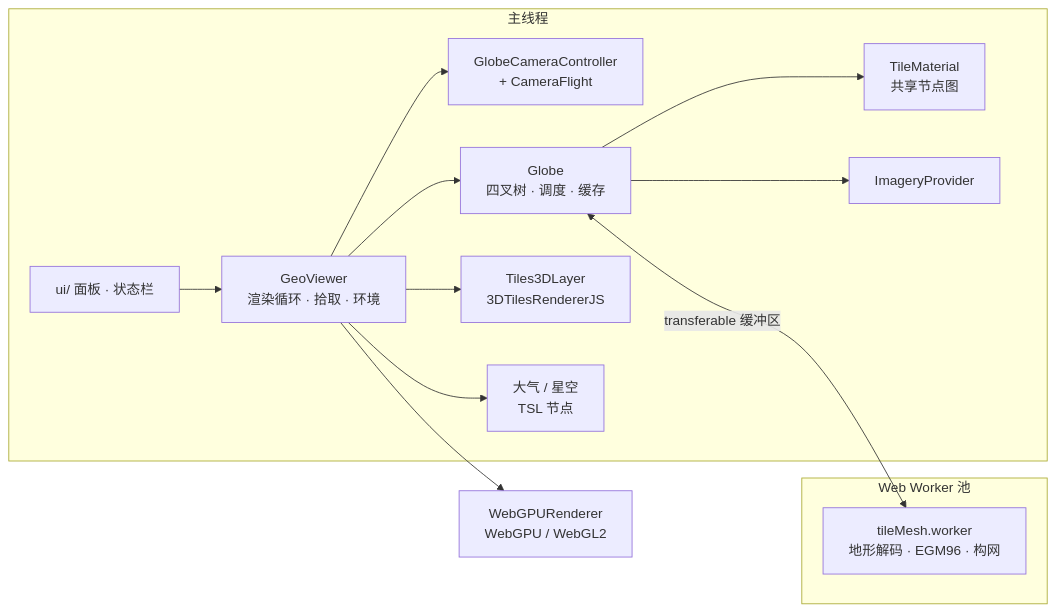
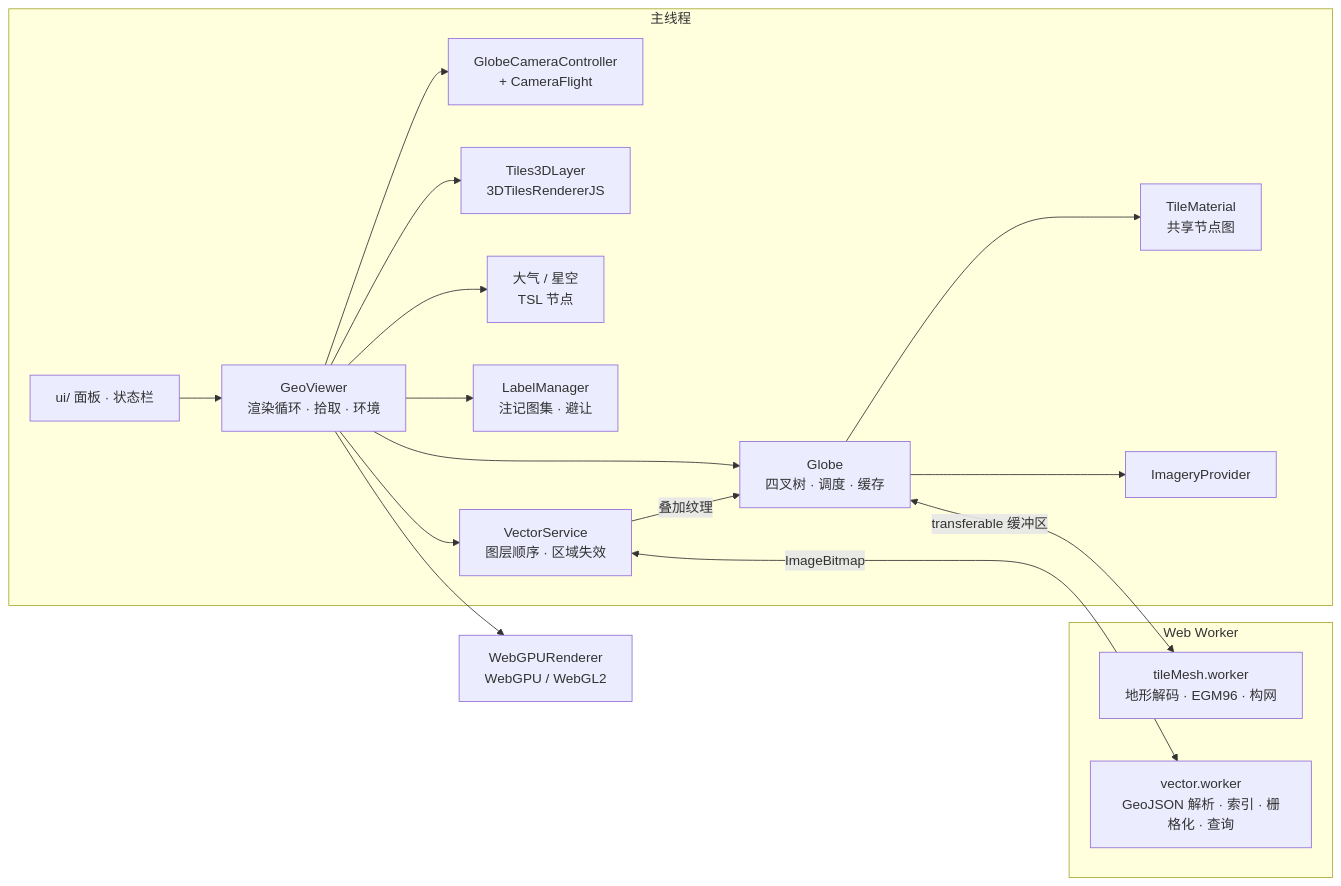
The diagram in README.md (Yoy0o/three-geo-global), drawn with Mermaid before and after one commit. The commit also changed other lines of this file and 20 other files, not shown here.

First line of the commit message:
Add GeoJSON vector layers with draped rendering and labels

````diff
--- a/README.md
+++ b/README.md
@@ -80,17 +97,22 @@
 ```mermaid
 flowchart LR
   subgraph Main["主线程"]
     UI["ui/ 面板 · 状态栏"] --> V["GeoViewer<br/>渲染循环 · 拾取 · 环境"]
     V --> C["GlobeCameraController<br/>+ CameraFlight"]
     V --> G["Globe<br/>四叉树 · 调度 · 缓存"]
     V --> T["Tiles3DLayer<br/>3DTilesRendererJS"]
     V --> A["大气 / 星空<br/>TSL 节点"]
+    V --> L["LabelManager<br/>注记图集 · 避让"]
+    V --> VS["VectorService<br/>图层顺序 · 区域失效"]
     G --> M["TileMaterial<br/>共享节点图"]
     G --> I["ImageryProvider"]
+    VS -->|"叠加纹理"| G
   end
-  subgraph Workers["Web Worker 池"]
+  subgraph Workers["Web Worker"]
     W["tileMesh.worker<br/>地形解码 · EGM96 · 构网"]
+    VW["vector.worker<br/>GeoJSON 解析 · 索引 · 栅格化 · 查询"]
   end
   G <-->|"transferable 缓冲区"| W
+  VS <-->|"ImageBitmap"| VW
   V --> R["WebGPURenderer<br/>WebGPU / WebGL2"]
 ```
````
